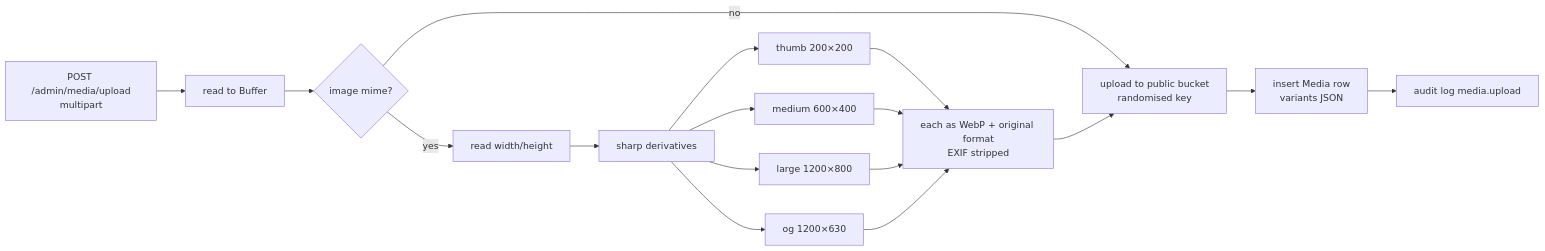
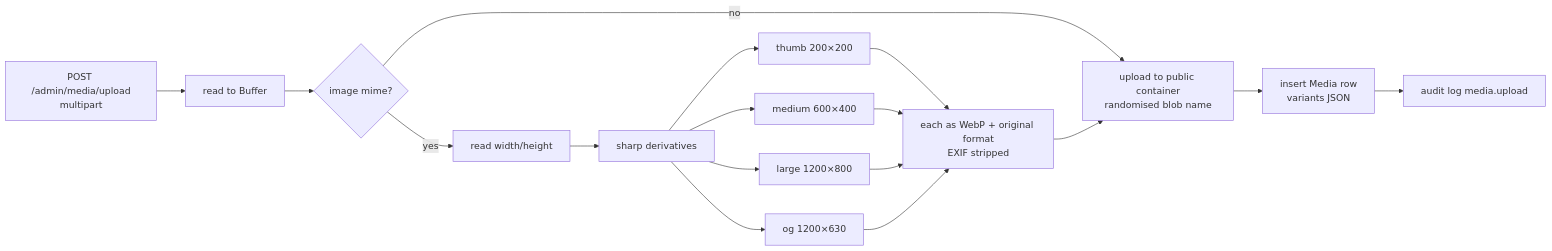
Before and after one commit to mahavi-official/NikunjaWebBackend: diagram 12 of 17 in ARCHITECTURE.md, drawn with Mermaid. The commit also changed other lines of this file and 23 other files, not shown here.

````diff
--- a/ARCHITECTURE.md
+++ b/ARCHITECTURE.md
@@ -587,22 +587,22 @@
 ```mermaid
 graph LR
     UP[POST /admin/media/upload<br/>multipart] --> BUF[read to Buffer]
     BUF --> IMG{image mime?}
-    IMG -->|no| S3U
+    IMG -->|no| UPL
     IMG -->|yes| DIM[read width/height]
     DIM --> DER[sharp derivatives]
 
     DER --> T[thumb 200×200]
     DER --> M[medium 600×400]
     DER --> L[large 1200×800]
     DER --> O[og 1200×630]
 
     T --> WEBP[each as WebP + original format<br/>EXIF stripped]
     M --> WEBP
     L --> WEBP
     O --> WEBP
 
-    WEBP --> S3U[upload to public bucket<br/>randomised key]
-    S3U --> ROW[insert Media row<br/>variants JSON]
+    WEBP --> UPL[upload to public container<br/>randomised blob name]
+    UPL --> ROW[insert Media row<br/>variants JSON]
     ROW --> AUD[audit log media.upload]
 ```
````
